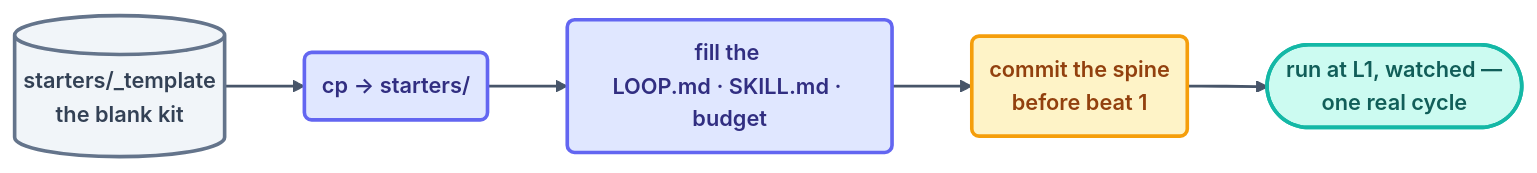
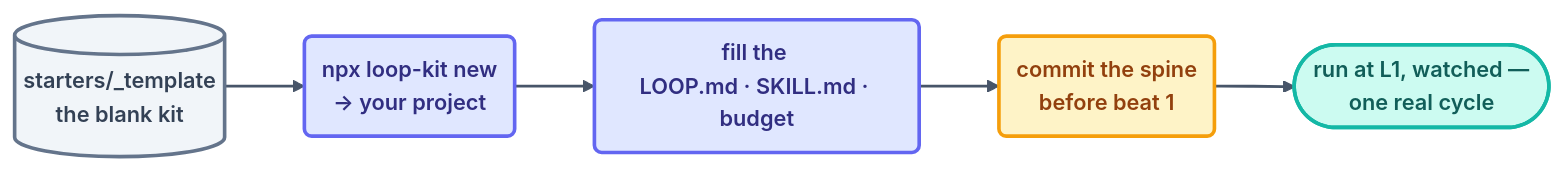
Before and after one commit to ayeshakhalid192007-dev/LoopEngineering-CrashCourse: the diagram in docs/09-methods/scaffold-from-template.md, drawn with Mermaid. The commit also changed other lines of this file and 6 other files, not shown here.

First line of the commit message:
feat(starters): install loop kits via npx, no clone required

````diff
--- a/docs/09-methods/scaffold-from-template.md
+++ b/docs/09-methods/scaffold-from-template.md
@@ -34,13 +40,13 @@
 ```mermaid
 %%{init: {'theme':'base','themeVariables':{'fontFamily':'ui-sans-serif, system-ui, sans-serif','fontSize':'15px','lineColor':'#475569','edgeLabelBackground':'#f8fafc'},'flowchart':{'curve':'basis','nodeSpacing':45,'rankSpacing':55,'padding':12}}}%%
 flowchart LR
-    T[("starters/_template<br/>the blank kit")]:::file --> CP("cp → starters/<loop-name>"):::step
+    T[("starters/_template<br/>the blank kit")]:::file --> CP("npx loop-kit new <loop-name><br/>→ your project"):::step
     CP --> FILL("fill the <blanks><br/>LOOP.md · SKILL.md · budget"):::step
     FILL --> COMMIT("commit the spine<br/>before beat 1"):::gate
     COMMIT --> RUN(["run at L1, watched —<br/>one real cycle"]):::win
     linkStyle default stroke:#475569,stroke-width:2px;
     classDef file fill:#f1f5f9,stroke:#64748b,stroke-width:2.5px,color:#334155,font-weight:600;
     classDef step fill:#e0e7ff,stroke:#6366f1,stroke-width:2.5px,color:#312e81,font-weight:600;
     classDef gate fill:#fef3c7,stroke:#f59e0b,stroke-width:2.5px,color:#92400e,font-weight:600;
     classDef win fill:#ccfbf1,stroke:#14b8a6,stroke-width:2.5px,color:#115e59,font-weight:600;
 ```
````
